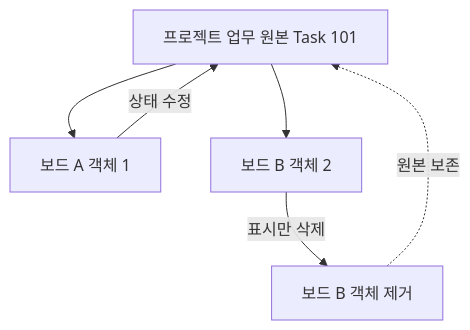
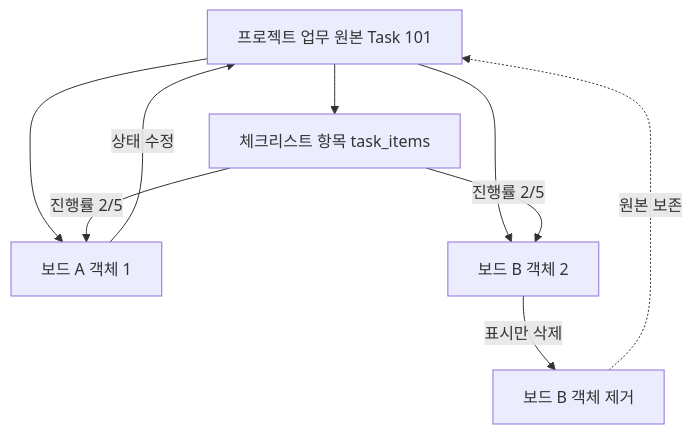
Before and after one commit to siwoo440/TaskCanvas: the diagram in docs/diagrams/task-share.mmd, drawn with Mermaid. The commit also changed 52 other files, not shown here.

```diff
--- a/docs/diagrams/task-share.mmd
+++ b/docs/diagrams/task-share.mmd
@@ -1,6 +1,9 @@
 flowchart TD
     A[프로젝트 업무 원본 Task 101] --> B[보드 A 객체 1]
     A --> C[보드 B 객체 2]
     B -->|상태 수정| A
     C -->|표시만 삭제| D[보드 B 객체 제거]
     D -.->|원본 보존| A
+    A --> E[체크리스트 항목 task_items]
+    E -->|진행률 2/5| B
+    E -->|진행률 2/5| C
```
